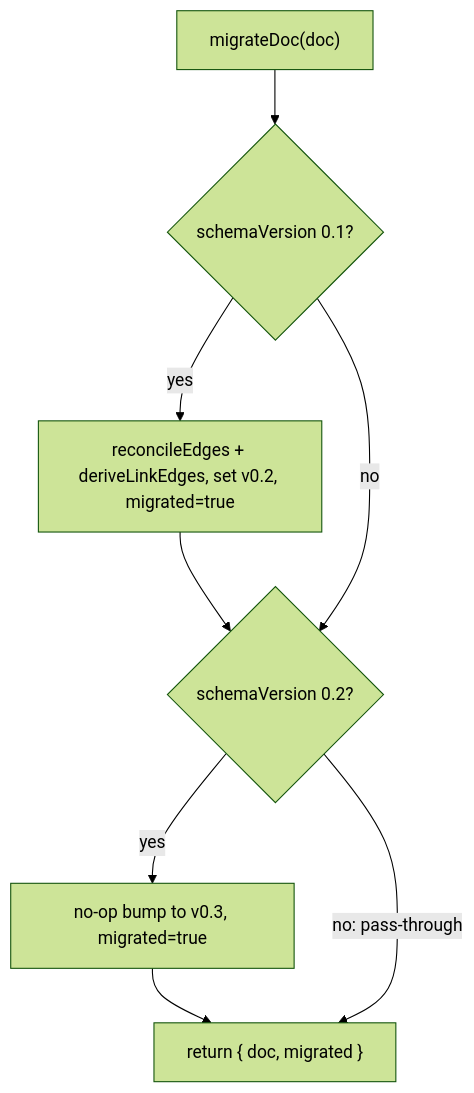
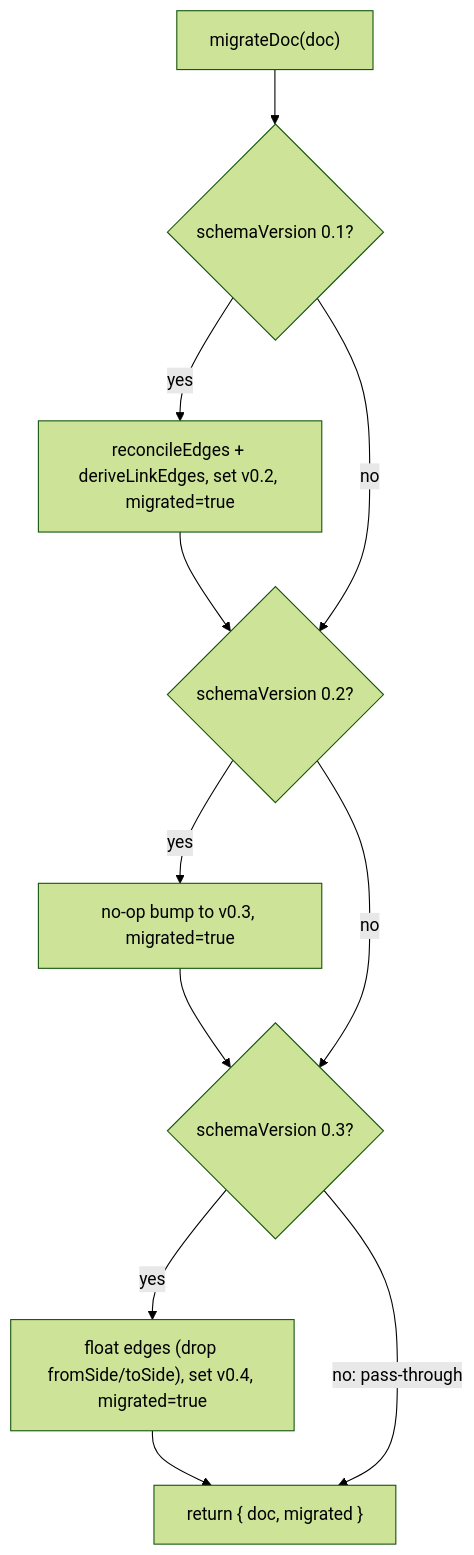
The diagram in .flowcode/project/modules/migrate.md (david-ds-teles/flowcanvas), drawn with Mermaid (forest theme) before and after one commit. The commit also changed other lines of this file and 61 other files, not shown here.

````diff
--- a/.flowcode/project/modules/migrate.md
+++ b/.flowcode/project/modules/migrate.md
@@ -27,10 +27,13 @@
 ```mermaid
 flowchart TD
   IN["migrateDoc(doc)"] --> C1{"schemaVersion 0.1?"}
   C1 -- "yes" --> BAKE["reconcileEdges + deriveLinkEdges, set v0.2, migrated=true"]
   BAKE --> C2{"schemaVersion 0.2?"}
   C1 -- "no" --> C2
   C2 -- "yes" --> BUMP["no-op bump to v0.3, migrated=true"]
-  BUMP --> RET["return { doc, migrated }"]
-  C2 -- "no: pass-through" --> RET
+  BUMP --> C3{"schemaVersion 0.3?"}
+  C2 -- "no" --> C3
+  C3 -- "yes" --> FLOAT["float edges (drop fromSide/toSide), set v0.4, migrated=true"]
+  FLOAT --> RET["return { doc, migrated }"]
+  C3 -- "no: pass-through" --> RET
 ```
````
